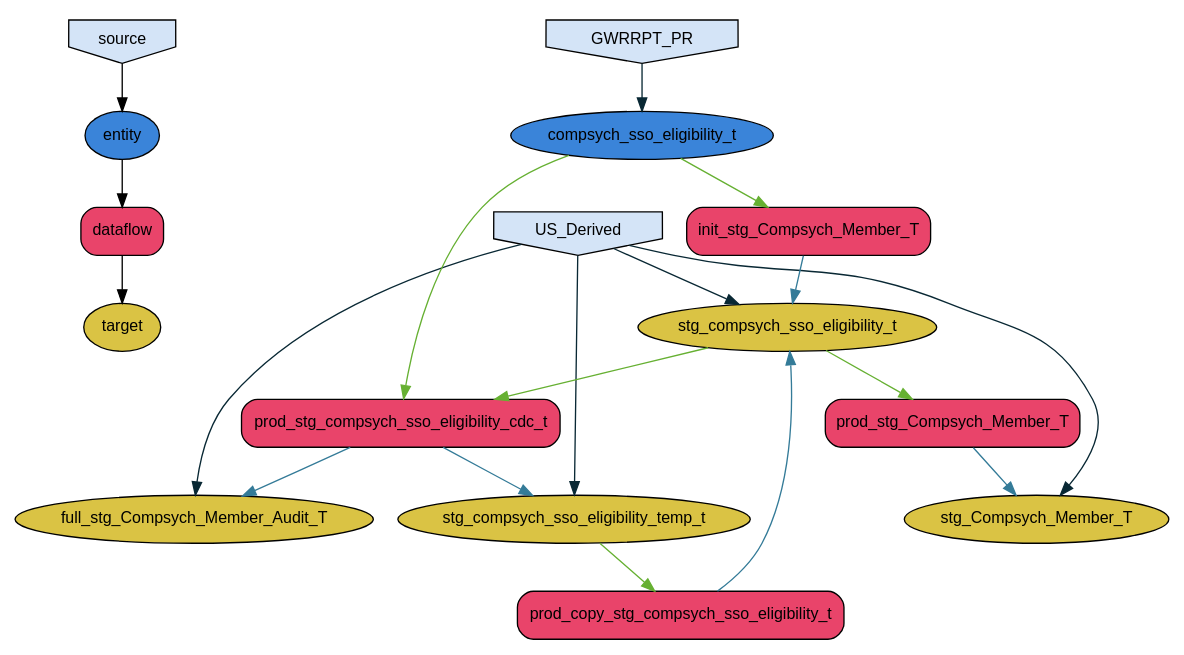
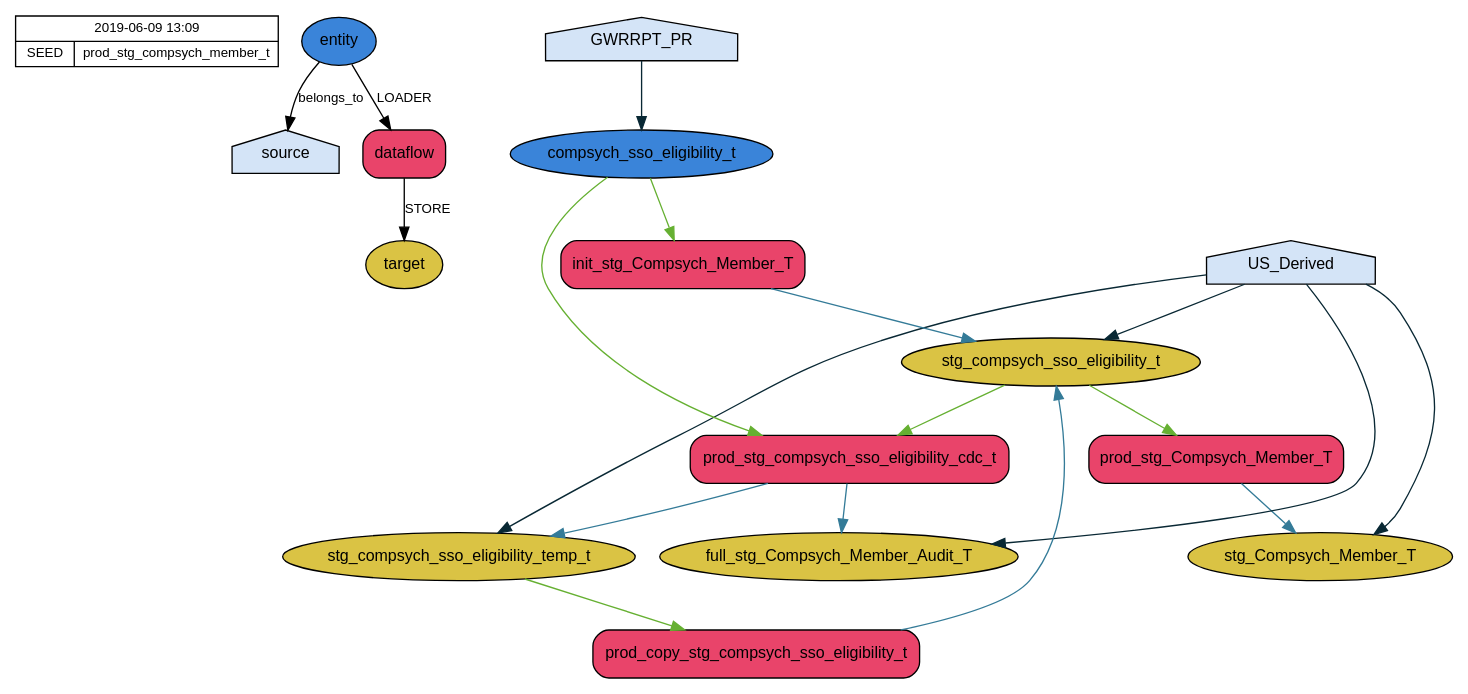
The diagram in prod_stg_compsych_member_t.dot (maurice1408/podium-dataflow-dependency-tree), drawn with Graphviz before and after one commit. The commit also changed 3 other files, not shown here.

Commit message:
Added descriptive text to output diagram

```diff
--- a/prod_stg_compsych_member_t.dot
+++ b/prod_stg_compsych_member_t.dot
@@ -1,36 +1,37 @@
 strict digraph  {
 node [bgcolor="#ECF8B9", fontname=arial, fontsize=12];
-source [fillcolor="#D4E4F7", shape=invhouse, style=filled];
+meta [fontname=arial, fontsize=10, label="{2019-06-09 13:09 | {<f0> SEED | <f1> prod_stg_compsych_member_t}}", shape=record];
+source [fillcolor="#D4E4F7", shape=house, style=filled];
 entity [fillcolor="#3A84D9", shape=ellipse, style=filled];
 dataflow [fillcolor="#E9446A", shape=box, style="filled,rounded"];
 target [fillcolor="#DAC344", shape=ellipse, style=filled];
 b_52599 [fillcolor="#E9446A", label=prod_stg_Compsych_Member_T, n_type=bundle, nid=52599, shape=box, style="filled,rounded"];
 e_17738 [fillcolor="#DAC344", label=stg_Compsych_Member_T, n_type=entity, nid=17738, shape=ellipse, snid=58, style=filled];
-s_58 [fillcolor="#D4E4F7", label=US_Derived, n_type=source, nid=58, shape=invhouse, style=filled];
+s_58 [fillcolor="#D4E4F7", label=US_Derived, n_type=source, nid=58, shape=house, style=filled];
 b_54399 [fillcolor="#E9446A", label=init_stg_Compsych_Member_T, n_type=bundle, nid=54399, shape=box, style="filled,rounded"];
 e_18091 [fillcolor="#DAC344", label=stg_compsych_sso_eligibility_t, n_type=entity, nid=18091, shape=ellipse, snid=58, style=filled];
 e_18266 [fillcolor="#3A84D9", label=compsych_sso_eligibility_t, n_type=entity, nid=18266, shape=ellipse, snid=328, style=filled];
-s_328 [fillcolor="#D4E4F7", label=GWRRPT_PR, n_type=source, nid=328, shape=invhouse, style=filled];
+s_328 [fillcolor="#D4E4F7", label=GWRRPT_PR, n_type=source, nid=328, shape=house, style=filled];
 b_52612 [fillcolor="#E9446A", label=prod_copy_stg_compsych_sso_eligibility_t, n_type=bundle, nid=52612, shape=box, style="filled,rounded"];
 b_52268 [fillcolor="#E9446A", label=prod_stg_compsych_sso_eligibility_cdc_t, n_type=bundle, nid=52268, shape=box, style="filled,rounded"];
 e_18093 [fillcolor="#DAC344", label=stg_compsych_sso_eligibility_temp_t, n_type=entity, nid=18093, shape=ellipse, snid=58, style=filled];
 e_18066 [fillcolor="#DAC344", label=full_stg_Compsych_Member_Audit_T, n_type=entity, nid=18066, shape=ellipse, snid=58, style=filled];
-source -> entity;
-entity -> dataflow;
-dataflow -> target;
+entity -> source  [fontname=arial, fontsize=10, label=belongs_to];
+entity -> dataflow  [fontname=arial, fontsize=10, label=LOADER];
+dataflow -> target  [fontname=arial, fontsize=10, label=STORE];
 b_52599 -> e_17738  [color="#347B98"];
 s_58 -> e_17738  [color="#092834"];
 s_58 -> e_18091  [color="#092834"];
 s_58 -> e_18093  [color="#092834"];
 s_58 -> e_18066  [color="#092834"];
 b_54399 -> e_18091  [color="#347B98"];
 e_18091 -> b_52268  [color="#66B032"];
 e_18091 -> b_52599  [color="#66B032"];
 e_18266 -> b_54399  [color="#66B032"];
 e_18266 -> b_52268  [color="#66B032"];
 s_328 -> e_18266  [color="#092834"];
 b_52612 -> e_18091  [color="#347B98"];
 b_52268 -> e_18093  [color="#347B98"];
 b_52268 -> e_18066  [color="#347B98"];
 e_18093 -> b_52612  [color="#66B032"];
 }
```
